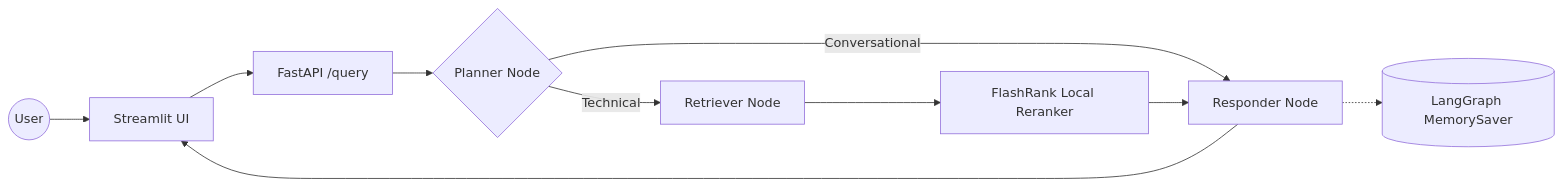
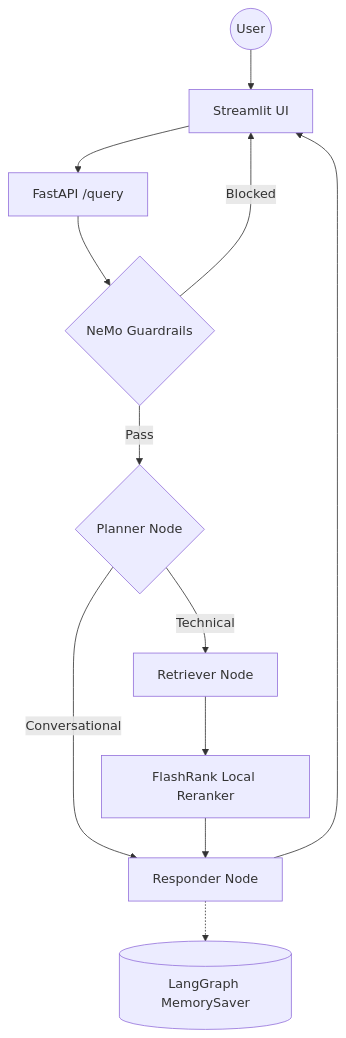
One commit to krunalp1908/Build-Production-Grade-RAG---Application changed the diagram in README.md. Above: the diagram before and after it, drawn with Mermaid. The commit also changed other lines of this file and 9 other files, not shown here.

````diff
--- a/README.md
+++ b/README.md
@@ -33,12 +27,14 @@
 ```mermaid
-graph LR
+graph TD
     User((User)) --> UI[Streamlit UI]
     UI --> API[FastAPI /query]
-    API --> Planner{Planner Node}
+    API --> Guard{NeMo Guardrails}
+    Guard -->|Blocked| UI
+    Guard -->|Pass| Planner{Planner Node}
     Planner -->|Conversational| Responder[Responder Node]
     Planner -->|Technical| Retriever[Retriever Node]
     Retriever --> Reranker[FlashRank Local Reranker]
     Reranker --> Responder
     Responder --> UI
     Responder -.-> Memory[(LangGraph MemorySaver)]
 ```
````
